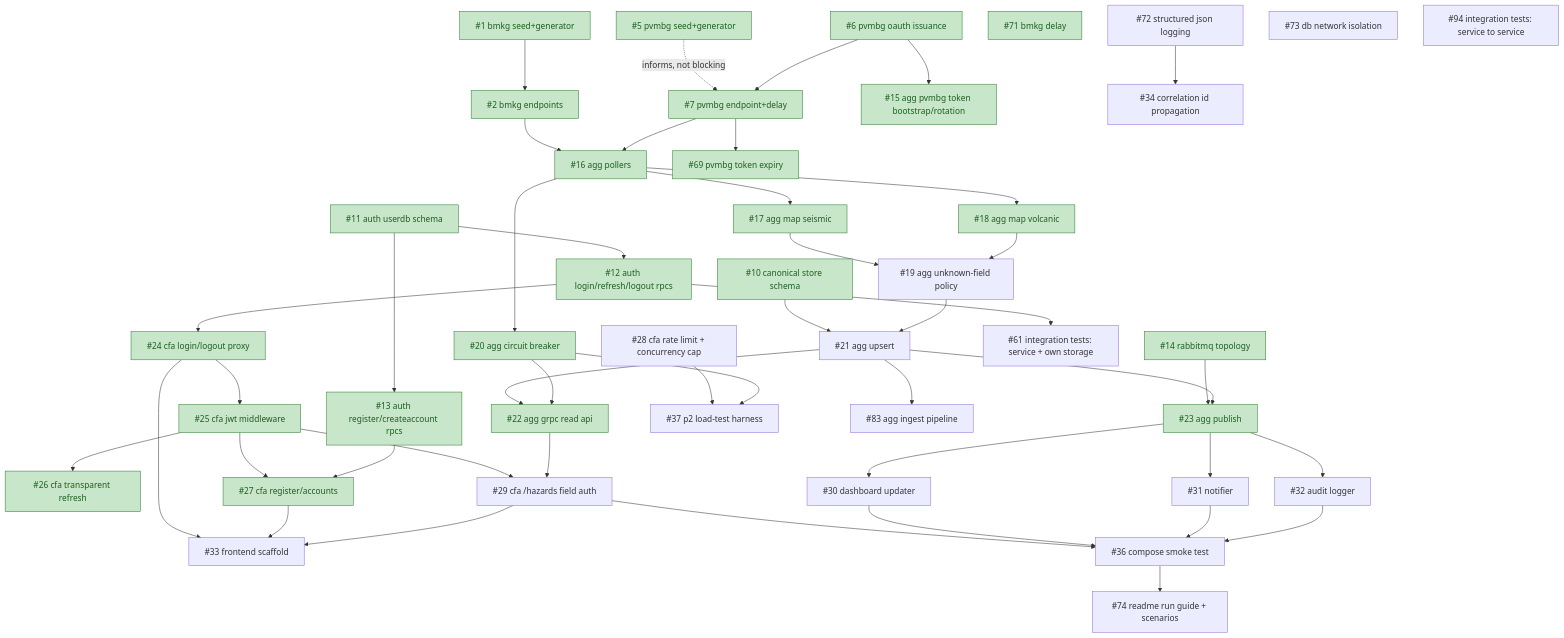
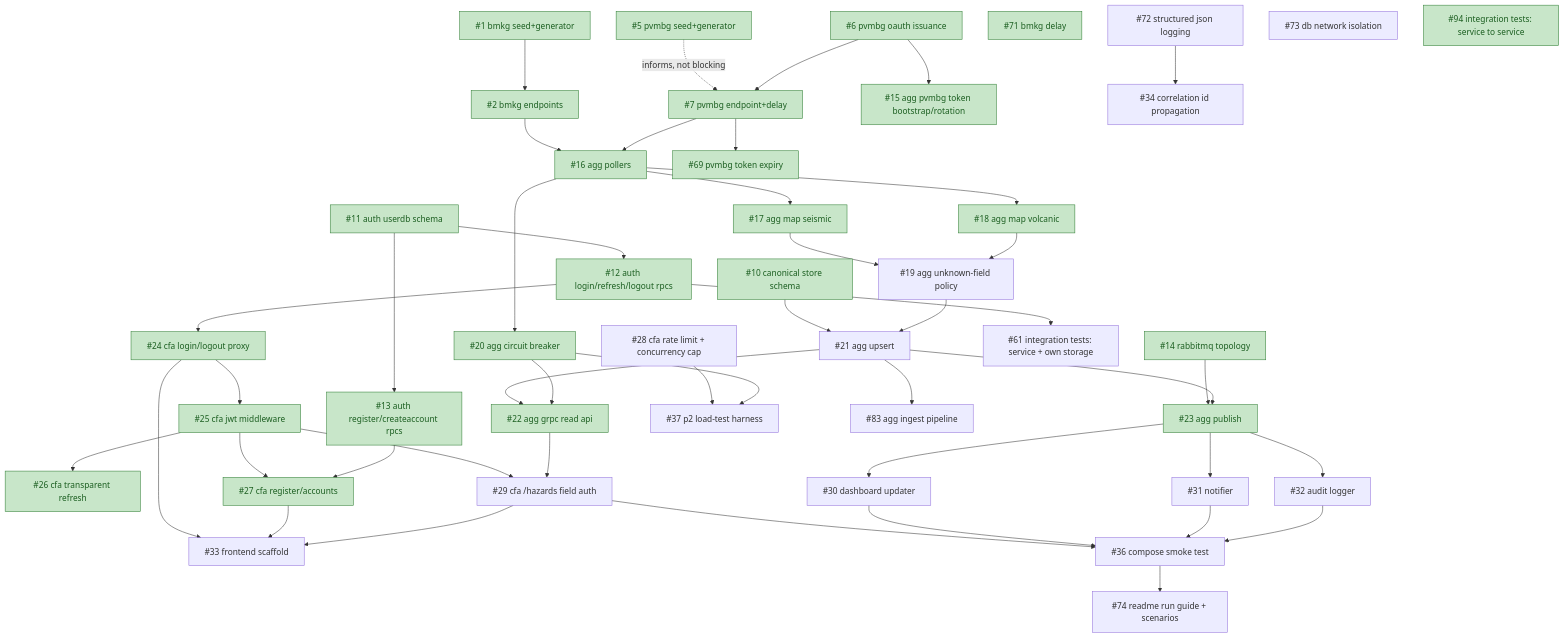
One commit to brii26/distributed-hazard-coordination changed the diagram in doc/BACKLOG_DEPENDENCIES.md. Above: the diagram before and after it, drawn with Mermaid. The commit also changed other lines of this file, not shown here.

Commit message:
docs(backlog): mark #94 done

````diff
--- a/doc/BACKLOG_DEPENDENCIES.md
+++ b/doc/BACKLOG_DEPENDENCIES.md
@@ -27,63 +26,63 @@
 ```mermaid
 graph TD
   1["#1 bmkg seed+generator"] --> 2["#2 bmkg endpoints"]
   5["#5 pvmbg seed+generator"] -.->|informs, not blocking| 7
 
   6["#6 pvmbg oauth issuance"] --> 15["#15 agg pvmbg token bootstrap/rotation"]
   6 --> 7["#7 pvmbg endpoint+delay"]
   7 --> 69["#69 pvmbg token expiry"]
 
   2 --> 16["#16 agg pollers"]
   7 --> 16
   16 --> 17["#17 agg map seismic"]
   16 --> 18["#18 agg map volcanic"]
   16 --> 20["#20 agg circuit breaker"]
   17 --> 19["#19 agg unknown-field policy"]
   18 --> 19
 
   10["#10 canonical store schema"] --> 21["#21 agg upsert"]
   19 --> 21
   21 --> 22["#22 agg grpc read api"]
   20 --> 22
 
   14["#14 rabbitmq topology"] --> 23["#23 agg publish"]
   21 --> 23
   21 --> 83["#83 agg ingest pipeline"]
 
   11["#11 auth userdb schema"] --> 12["#12 auth login/refresh/logout rpcs"]
   11 --> 13["#13 auth register/createaccount rpcs"]
 
   12 --> 24["#24 cfa login/logout proxy"]
   12 --> 61["#61 integration tests: service + own storage"]
   24 --> 25["#25 cfa jwt middleware"]
   25 --> 26["#26 cfa transparent refresh"]
   25 --> 27["#27 cfa register/accounts"]
   13 --> 27
   25 --> 29["#29 cfa /hazards field auth"]
   22 --> 29
 
   23 --> 30["#30 dashboard updater"]
   23 --> 31["#31 notifier"]
   23 --> 32["#32 audit logger"]
 
   24 --> 33["#33 frontend scaffold"]
   27 --> 33
   29 --> 33
 
   29 --> 36["#36 compose smoke test"]
   30 --> 36
   31 --> 36
   32 --> 36
 
   28["#28 cfa rate limit + concurrency cap"] --> 37["#37 p2 load-test harness"]
   20 --> 37
 
   72["#72 structured json logging"] --> 34["#34 correlation id propagation"]
   36 --> 74["#74 readme run guide + scenarios"]
   71["#71 bmkg delay"]
   73["#73 db network isolation"]
   94["#94 integration tests: service to service"]
 
   classDef done fill:#c8e6c9,stroke:#2e7d32,color:#1b5e20
-  class 1,2,5,6,7,10,11,12,13,14,15,16,17,18,20,22,23,24,25,26,27,69,71 done
+  class 1,2,5,6,7,10,11,12,13,14,15,16,17,18,20,22,23,24,25,26,27,69,71,94 done
 ```
````
